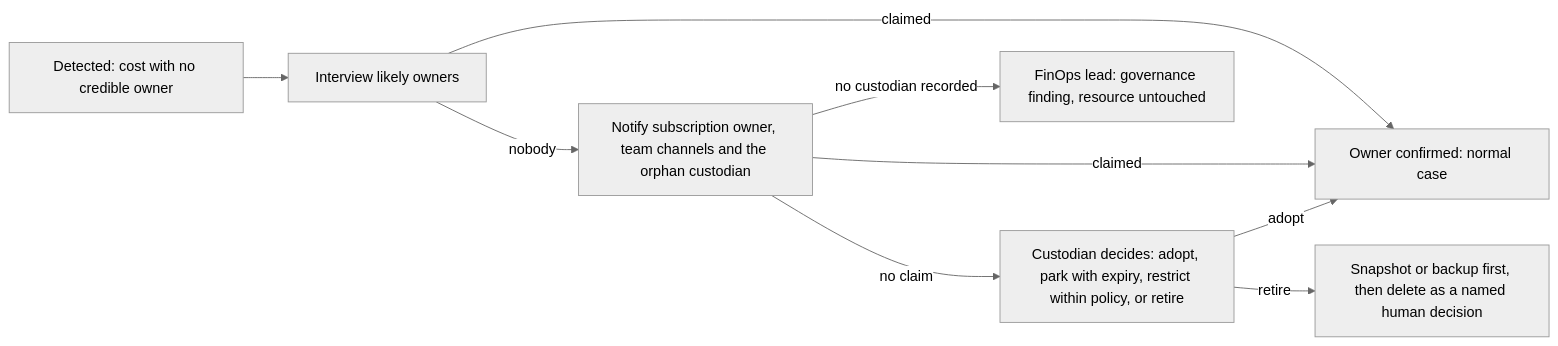
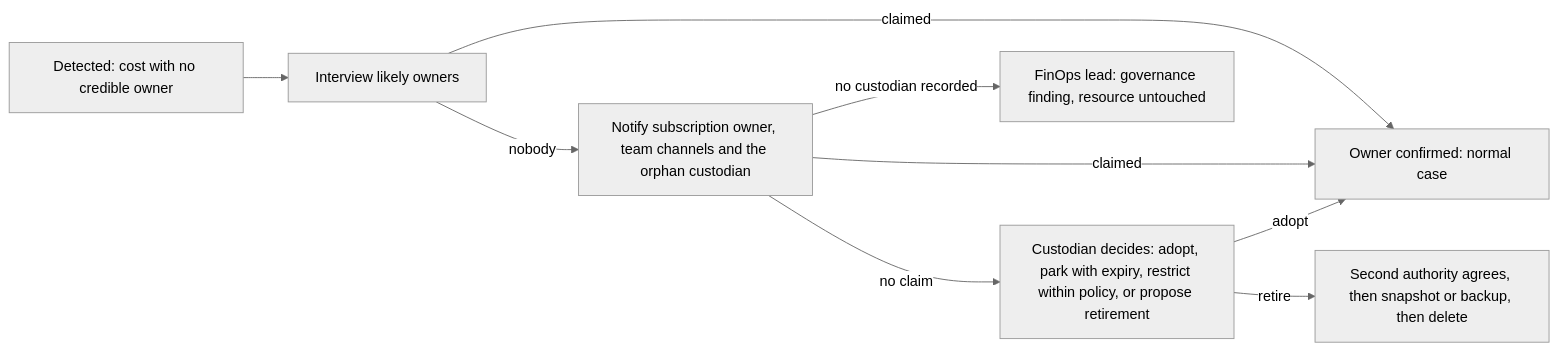
Before and after one commit to tinodo/meternaut: the second of 2 diagrams in docs/ideation/07-ownership-and-organization.md, drawn with Mermaid (neutral theme). The commit also changed other lines of this file and 29 other files, not shown here.

````diff
--- a/docs/ideation/07-ownership-and-organization.md
+++ b/docs/ideation/07-ownership-and-organization.md
@@ -129,11 +135,11 @@
 ```mermaid
 flowchart LR
     A[Detected: cost with no credible owner] --> B[Interview likely owners]
     B -->|claimed| C[Owner confirmed: normal case]
     B -->|nobody| D[Notify subscription owner, team channels and the orphan custodian]
     D -->|claimed| C
-    D -->|no claim| E[Custodian decides: adopt, park with expiry, restrict within policy, or retire]
+    D -->|no claim| E[Custodian decides: adopt, park with expiry, restrict within policy, or propose retirement]
     E -->|adopt| C
-    E -->|retire| F[Snapshot or backup first, then delete as a named human decision]
+    E -->|retire| F[Second authority agrees, then snapshot or backup, then delete]
     D -->|no custodian recorded| G[FinOps lead: governance finding, resource untouched]
 ```
````
